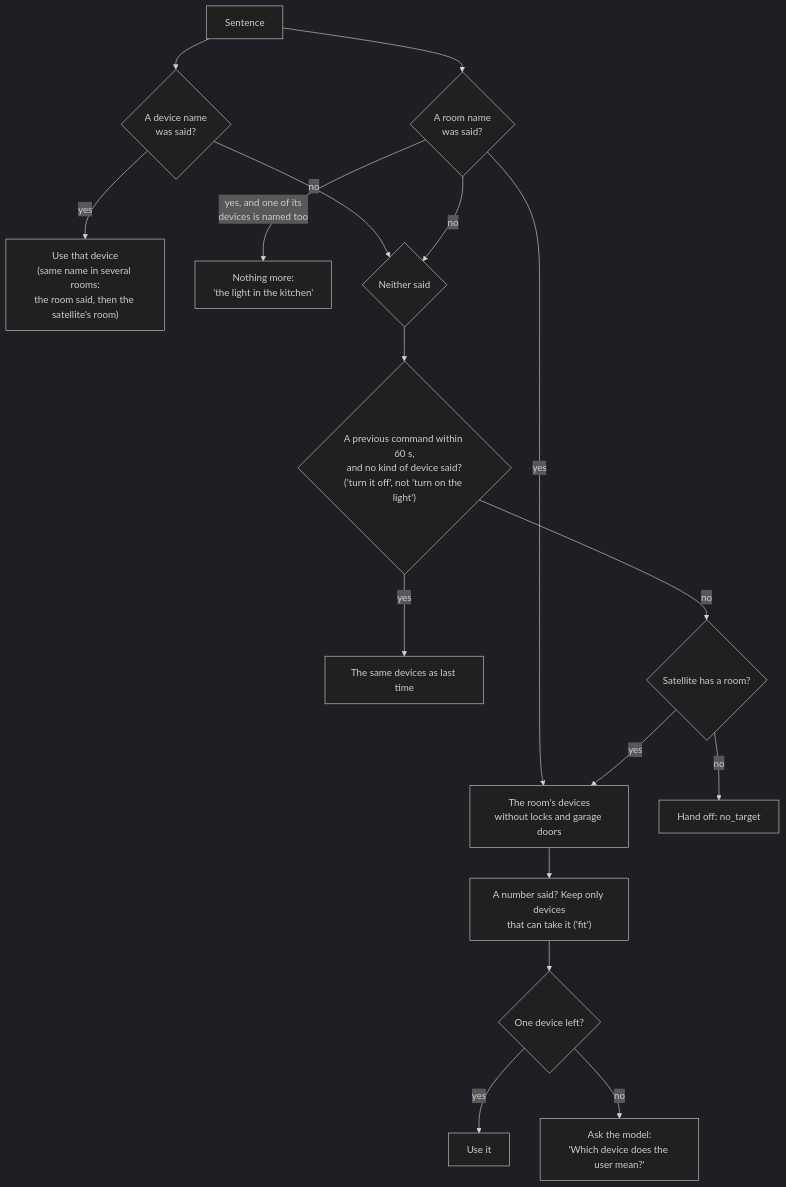
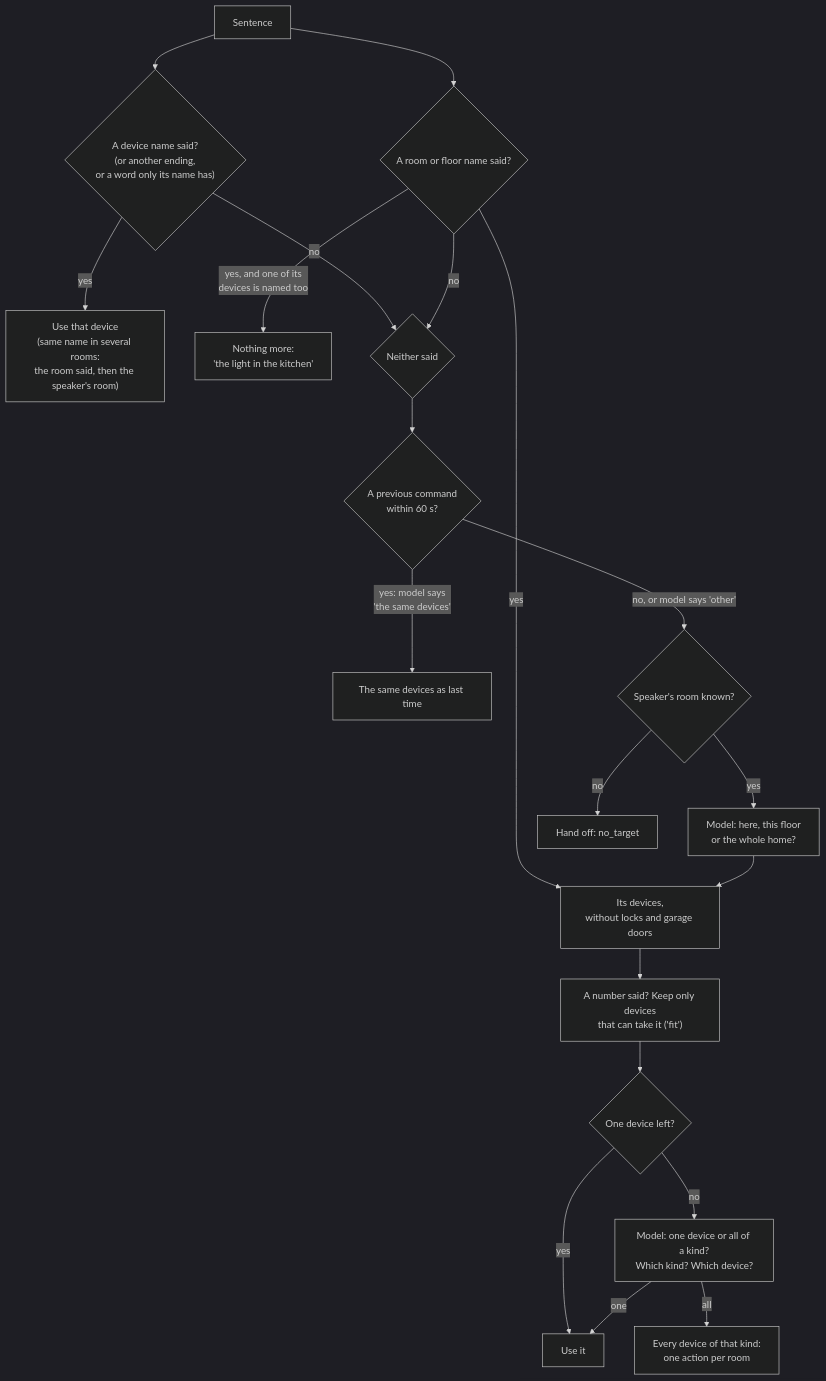
Before and after one commit to d00kIe/assist-decider: the third of 5 diagrams in HOW-IT-WORKS.md, drawn with Mermaid (dark theme). The commit also changed other lines of this file and 12 other files, not shown here.

````diff
--- a/HOW-IT-WORKS.md
+++ b/HOW-IT-WORKS.md
@@ -266,19 +273,22 @@
 ```mermaid
 flowchart TD
-    S["Sentence"] --> A{"A device name<br/>was said?"}
-    A -- "yes" --> DEV["Use that device<br/>(same name in several rooms:<br/>the room said, then the satellite's room)"]
-    S --> R{"A room name<br/>was said?"}
+    S["Sentence"] --> A{"A device name said?<br/>(or another ending,<br/>or a word only its name has)"}
+    A -- "yes" --> DEV["Use that device<br/>(same name in several rooms:<br/>the room said, then the speaker's room)"]
+    S --> R{"A room or floor name said?"}
     R -- "yes, and one of its<br/>devices is named too" --> SKIP["Nothing more:<br/>'the light in the kitchen'"]
-    R -- "yes" --> ROOM["The room's devices<br/>without locks and garage doors"]
+    R -- "yes" --> PLACE["Its devices,<br/>without locks and garage doors"]
     A -- "no" --> N{"Neither said"}
     R -- "no" --> N
-    N --> P{"A previous command within 60 s,<br/>and no kind of device said?<br/>('turn it off', not 'turn on the light')"}
-    P -- yes --> PREV["The same devices as last time"]
-    P -- no --> SAT{"Satellite has a room?"}
-    SAT -- yes --> ROOM
+    N --> P{"A previous command<br/>within 60 s?"}
+    P -- "yes: model says<br/>'the same devices'" --> PREV["The same devices as last time"]
+    P -- "no, or model says 'other'" --> SAT{"Speaker's room known?"}
+    SAT -- yes --> WHERE["Model: here, this floor<br/>or the whole home?"]
+    WHERE --> PLACE
     SAT -- no --> ERR["Hand off: no_target"]
-    ROOM --> FIT["A number said? Keep only devices<br/>that can take it ('fit')"]
+    PLACE --> FIT["A number said? Keep only devices<br/>that can take it ('fit')"]
     FIT --> ONE{"One device left?"}
     ONE -- yes --> USE["Use it"]
-    ONE -- no --> ASK["Ask the model:<br/>'Which device does the user mean?'"]
+    ONE -- no --> ASK["Model: one device or all of a kind?<br/>Which kind? Which device?"]
+    ASK -- "all" --> ALL["Every device of that kind:<br/>one action per room"]
+    ASK -- "one" --> USE
 ```
````
